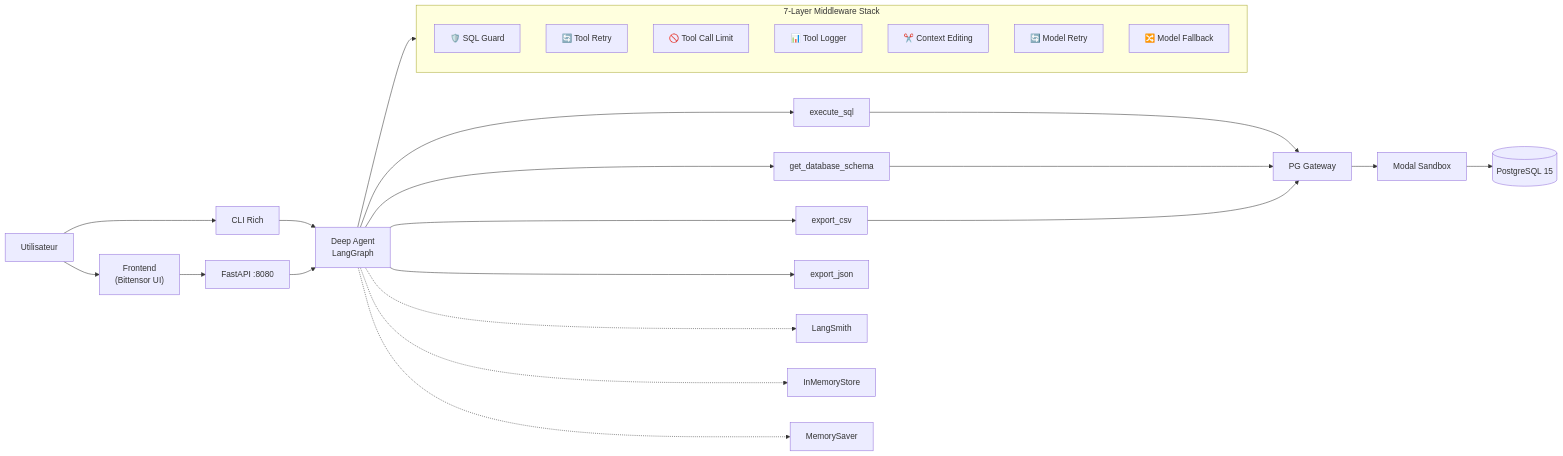
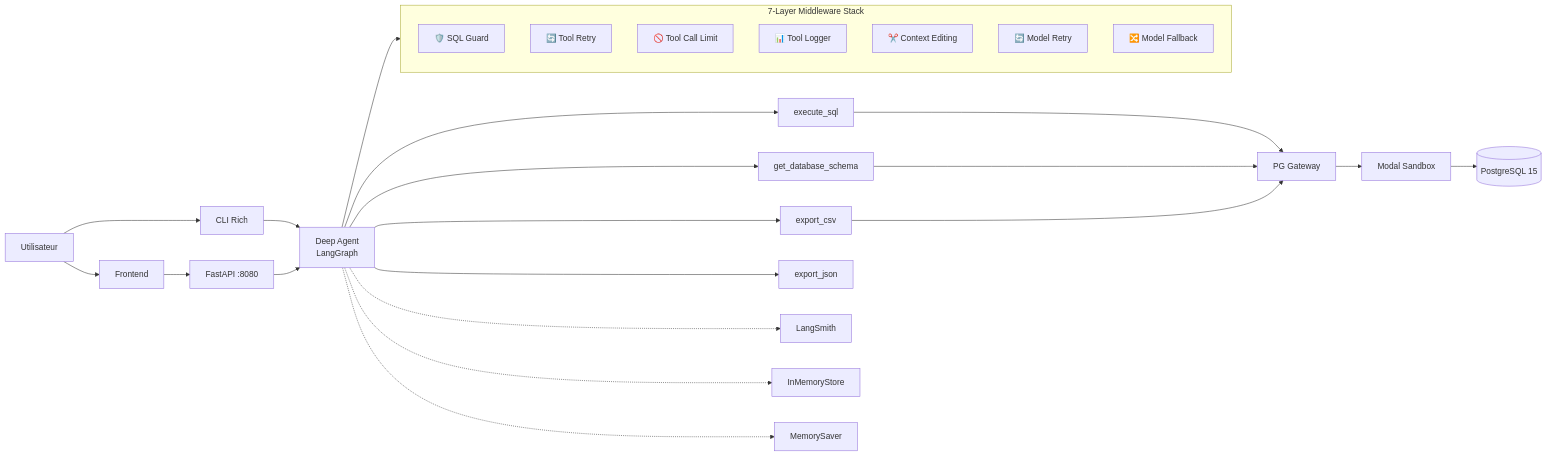
One commit to Shumatsurontek/neo-deep-agent-lab changed the diagram in README.md. Above: the diagram before and after it, drawn with Mermaid.

Commit message:
Fix frontend label in architecture diagram

````diff
--- a/README.md
+++ b/README.md
@@ -21,34 +21,34 @@
 ```mermaid
 graph LR
-    U[Utilisateur] --> F["Frontend<br/>(Bittensor UI)"]
+    U[Utilisateur] --> F["Frontend<br/>"]
     U --> C[CLI Rich]
     F --> S[FastAPI :8080]
     C --> A[Deep Agent<br/>LangGraph]
     S --> A
 
     subgraph mw [" 7-Layer Middleware Stack "]
         direction TB
         SG["🛡️ SQL Guard"]
         TR["🔄 Tool Retry"]
         TL["🚫 Tool Call Limit"]
         LOG["📊 Tool Logger"]
         CE["✂️ Context Editing"]
         MR["🔄 Model Retry"]
         MF["🔀 Model Fallback"]
     end
 
     A --> mw
 
     A --> T1["execute_sql"]
     A --> T2["get_database_schema"]
     A --> T3["export_csv"]
     A --> T4["export_json"]
 
     T1 & T2 & T3 --> PG_GW[PG Gateway]
     PG_GW --> SB[Modal Sandbox]
     SB --> PG[(PostgreSQL 15)]
 
     A -.-> LS[LangSmith]
     A -.-> ST[InMemoryStore]
     A -.-> CP[MemorySaver]
 ```
````
